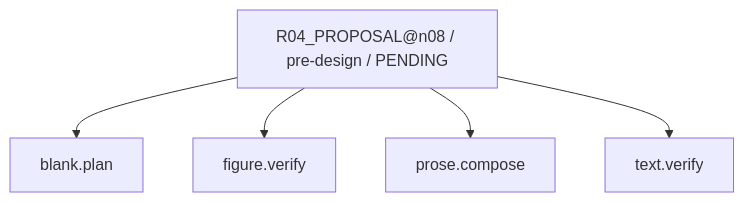
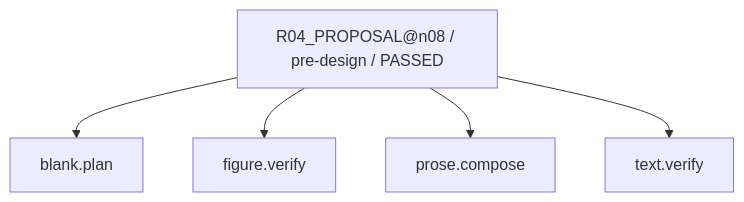
One commit to rrikunagasige-dot/kyotsu-step-web changed the sixth of 17 diagrams in work/items/W-MATH-037-n08-workflow-trial/generated/CAPABILITY_FIRE_DIAGRAM.md. Above: the diagram before and after it, drawn with Mermaid. The commit also changed other lines of this file and 348 other files, not shown here.

````diff
--- a/work/items/W-MATH-037-n08-workflow-trial/generated/CAPABILITY_FIRE_DIAGRAM.md
+++ b/work/items/W-MATH-037-n08-workflow-trial/generated/CAPABILITY_FIRE_DIAGRAM.md
@@ -94,12 +94,12 @@
 ```mermaid
 flowchart TD
-  N0["R04_PROPOSAL@n08 / pre-design / PENDING"]
+  N0["R04_PROPOSAL@n08 / pre-design / PASSED"]
   N1["blank.plan"]
   N2["prose.compose"]
   N3["text.verify"]
   N4["figure.verify"]
   N0 --> N1
   N0 --> N4
   N0 --> N2
   N0 --> N3
 ```
````
